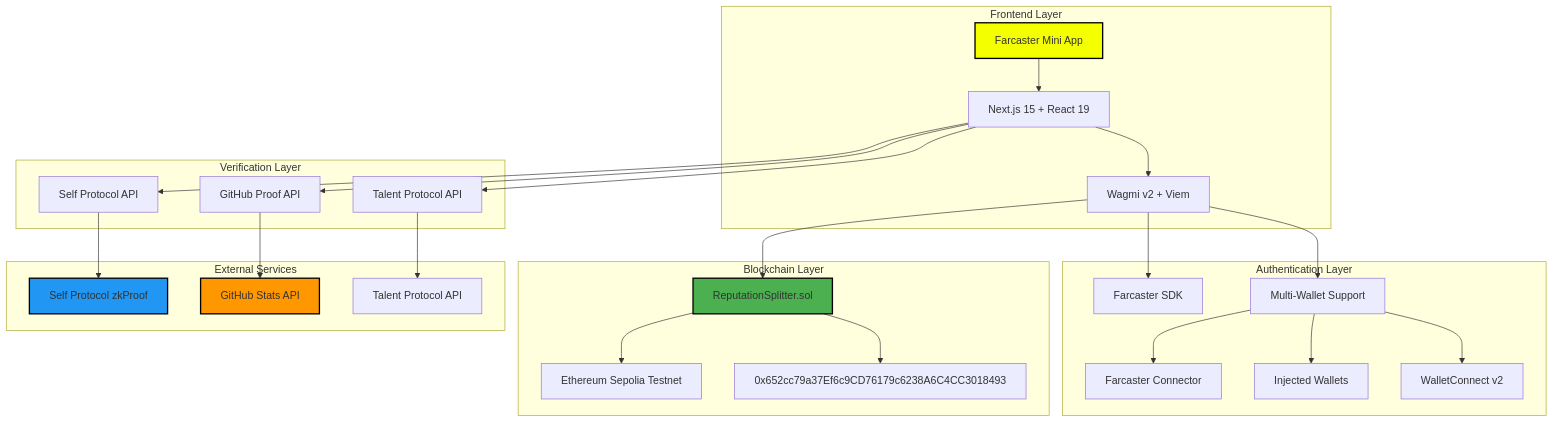
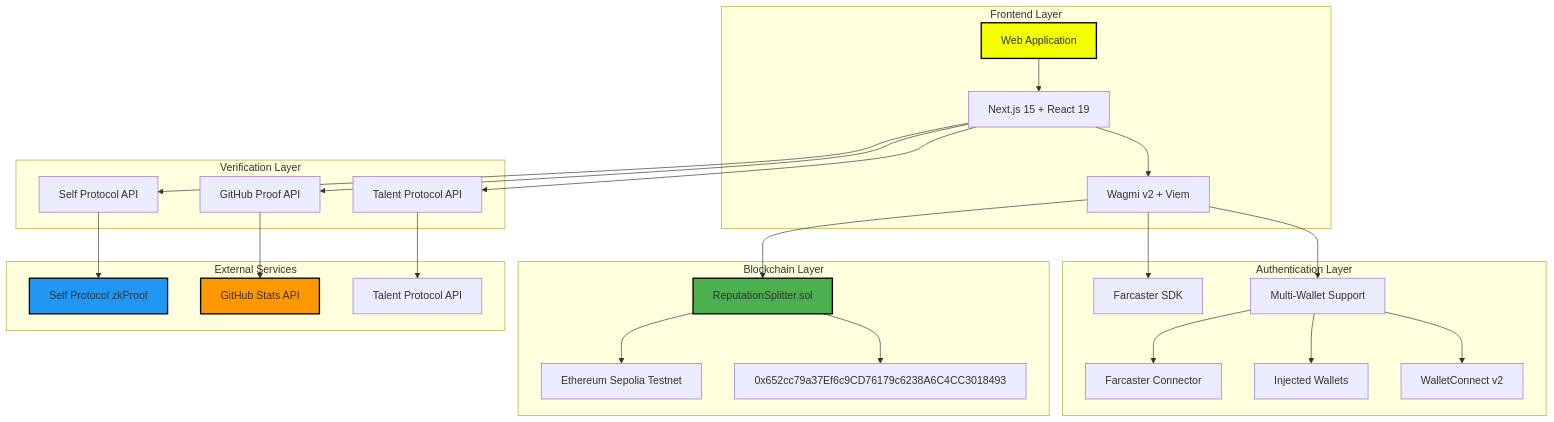
The first of 9 diagrams in README.md (builder-gate/BuilderGate), drawn with Mermaid before and after one commit. The commit also changed other lines of this file, not shown here.

````diff
--- a/README.md
+++ b/README.md
@@ -19,59 +19,59 @@
 ```mermaid
 graph TB
     subgraph "Frontend Layer"
-        FA[Farcaster Mini App]
+        FA[Web Application]
         UI[Next.js 15 + React 19]
         WC[Wagmi v2 + Viem]
     end
 
     subgraph "Authentication Layer"
         FC[Farcaster SDK]
         WA[Multi-Wallet Support]
         WA1[Farcaster Connector]
         WA2[Injected Wallets]
         WA3[WalletConnect v2]
     end
 
     subgraph "Verification Layer"
         SP[Self Protocol API]
         GP[GitHub Proof API]
         TP[Talent Protocol API]
     end
 
     subgraph "Blockchain Layer"
         RS[ReputationSplitter.sol]
         BC[Ethereum Sepolia Testnet]
         RS_ADDR["0x652cc79a37Ef6c9CD76179c6238A6C4CC3018493"]
     end
 
     subgraph "External Services"
         SELF[Self Protocol zkProof]
         GH[GitHub Stats API]
         TAL[Talent Protocol API]
     end
 
     FA --> UI
     UI --> WC
     WC --> FC
     WC --> WA
     WA --> WA1
     WA --> WA2
     WA --> WA3
 
     UI --> SP
     UI --> GP
     UI --> TP
 
     SP --> SELF
     GP --> GH
     TP --> TAL
 
     WC --> RS
     RS --> BC
     RS --> RS_ADDR
 
     style FA fill:#f4ff00,stroke:#000,stroke-width:2px
     style RS fill:#4CAF50,stroke:#000,stroke-width:2px
     style SELF fill:#2196F3,stroke:#000,stroke-width:2px
     style GH fill:#FF9800,stroke:#000,stroke-width:2px
 ```
````
